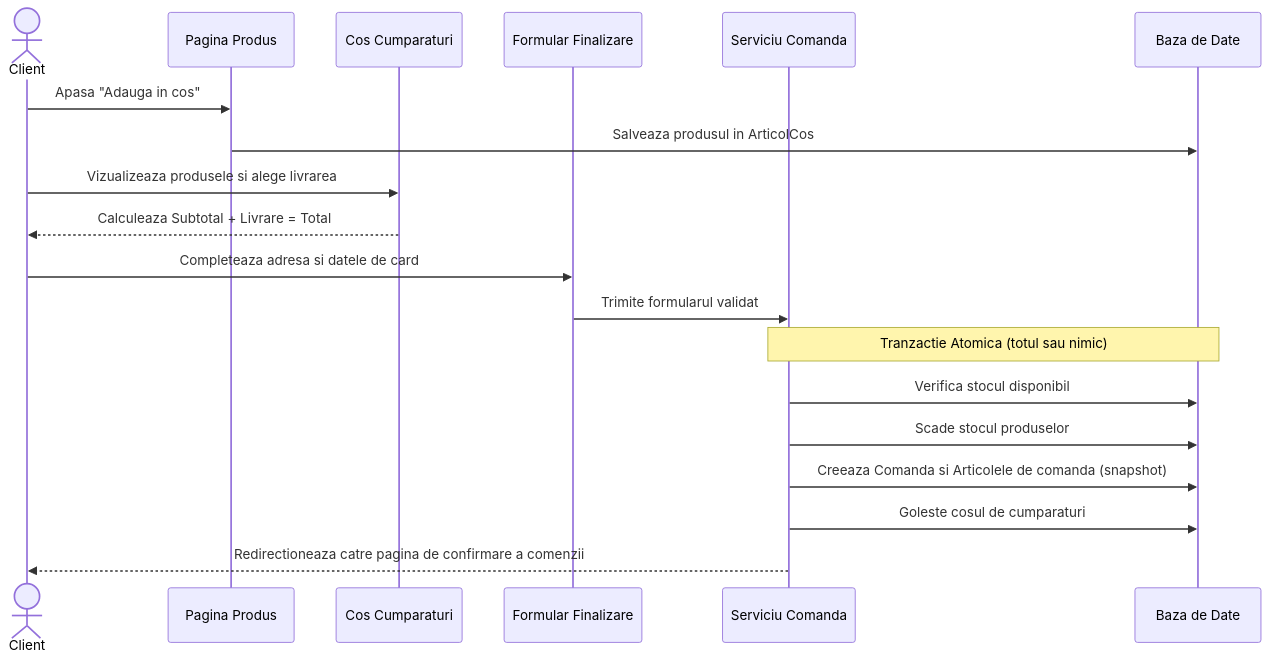
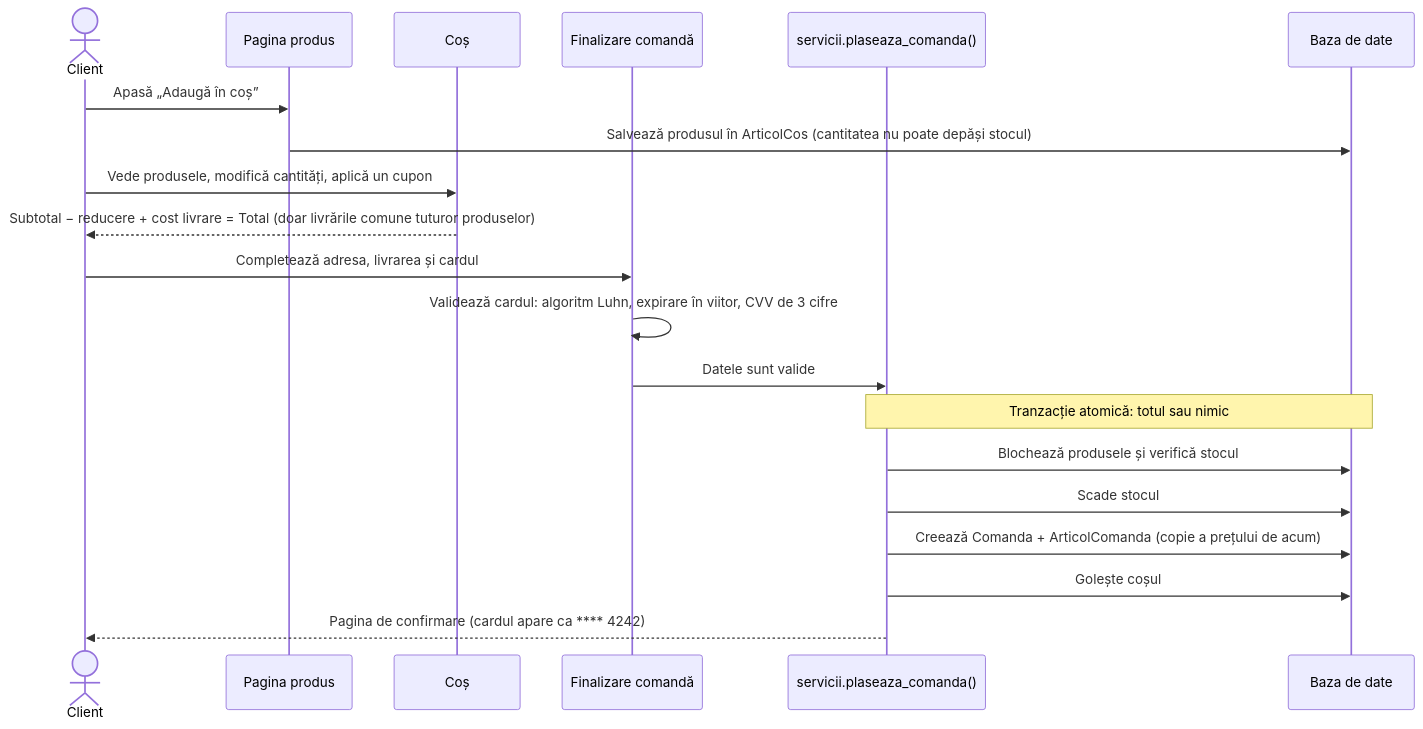
The third of 4 diagrams in docs/04-fluxuri.md (vaduvalex17/Comert-Electronic-Proiect), drawn with Mermaid before and after one commit. The commit also changed other lines of this file and 40 other files, not shown here.

````diff
--- a/docs/04-fluxuri.md
+++ b/docs/04-fluxuri.md
@@ -9,22 +70,23 @@
 ```mermaid
 sequenceDiagram
     actor C as Client
-    participant P as Pagina Produs
-    participant Cos as Cos Cumparaturi
-    participant F as Formular Finalizare
-    participant S as Serviciu Comanda
-    participant DB as Baza de Date
+    participant P as Pagina produs
+    participant Cos as Coș
+    participant F as Finalizare comandă
+    participant S as servicii.plaseaza_comanda()
+    participant DB as Baza de date
 
-    C->>P: Apasa "Adauga in cos"
-    P->>DB: Salveaza produsul in ArticolCos
-    C->>Cos: Vizualizeaza produsele si alege livrarea
-    Cos-->>C: Calculeaza Subtotal + Livrare = Total
-    C->>F: Completeaza adresa si datele de card
-    F->>S: Trimite formularul validat
-    Note over S,DB: Tranzactie Atomica (totul sau nimic)
-    S->>DB: Verifica stocul disponibil
-    S->>DB: Scade stocul produselor
-    S->>DB: Creeaza Comanda si Articolele de comanda (snapshot)
-    S->>DB: Goleste cosul de cumparaturi
-    S-->>C: Redirectioneaza catre pagina de confirmare a comenzii
+    C->>P: Apasă „Adaugă în coș”
+    P->>DB: Salvează produsul în ArticolCos (cantitatea nu poate depăși stocul)
+    C->>Cos: Vede produsele, modifică cantități, aplică un cupon
+    Cos-->>C: Subtotal − reducere + cost livrare = Total (doar livrările comune tuturor produselor)
+    C->>F: Completează adresa, livrarea și cardul
+    F->>F: Validează cardul: algoritm Luhn, expirare în viitor, CVV de 3 cifre
+    F->>S: Datele sunt valide
+    Note over S,DB: Tranzacție atomică: totul sau nimic
+    S->>DB: Blochează produsele și verifică stocul
+    S->>DB: Scade stocul
+    S->>DB: Creează Comanda + ArticolComanda (copie a prețului de acum)
+    S->>DB: Golește coșul
+    S-->>C: Pagina de confirmare (cardul apare ca **** 4242)
 ```
````
